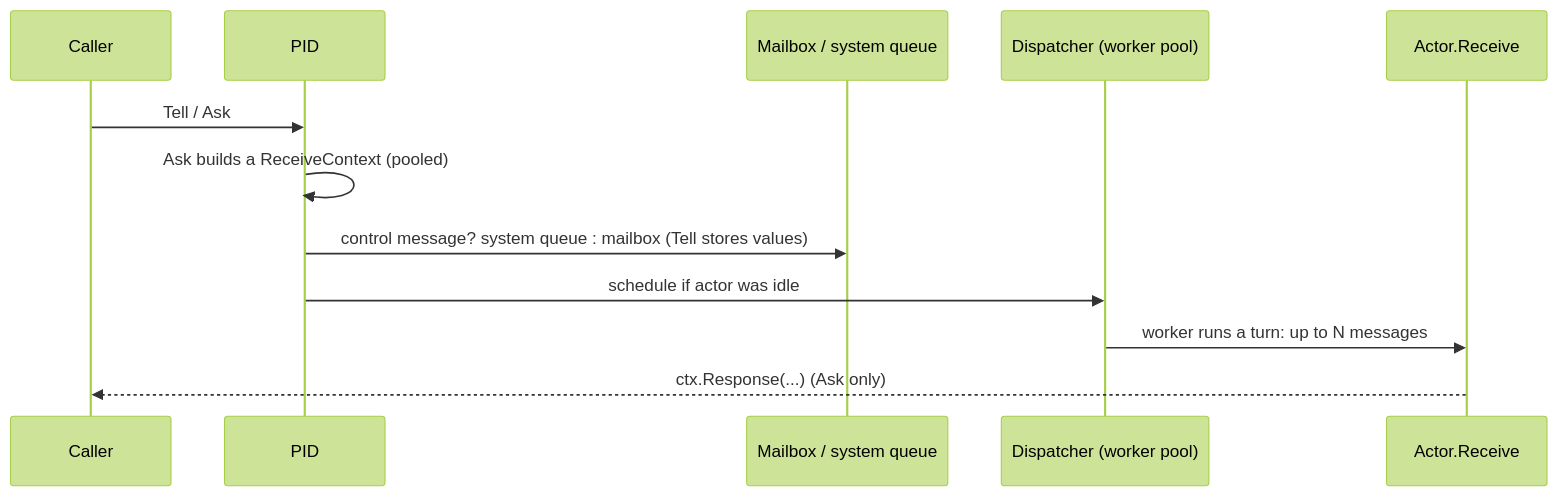
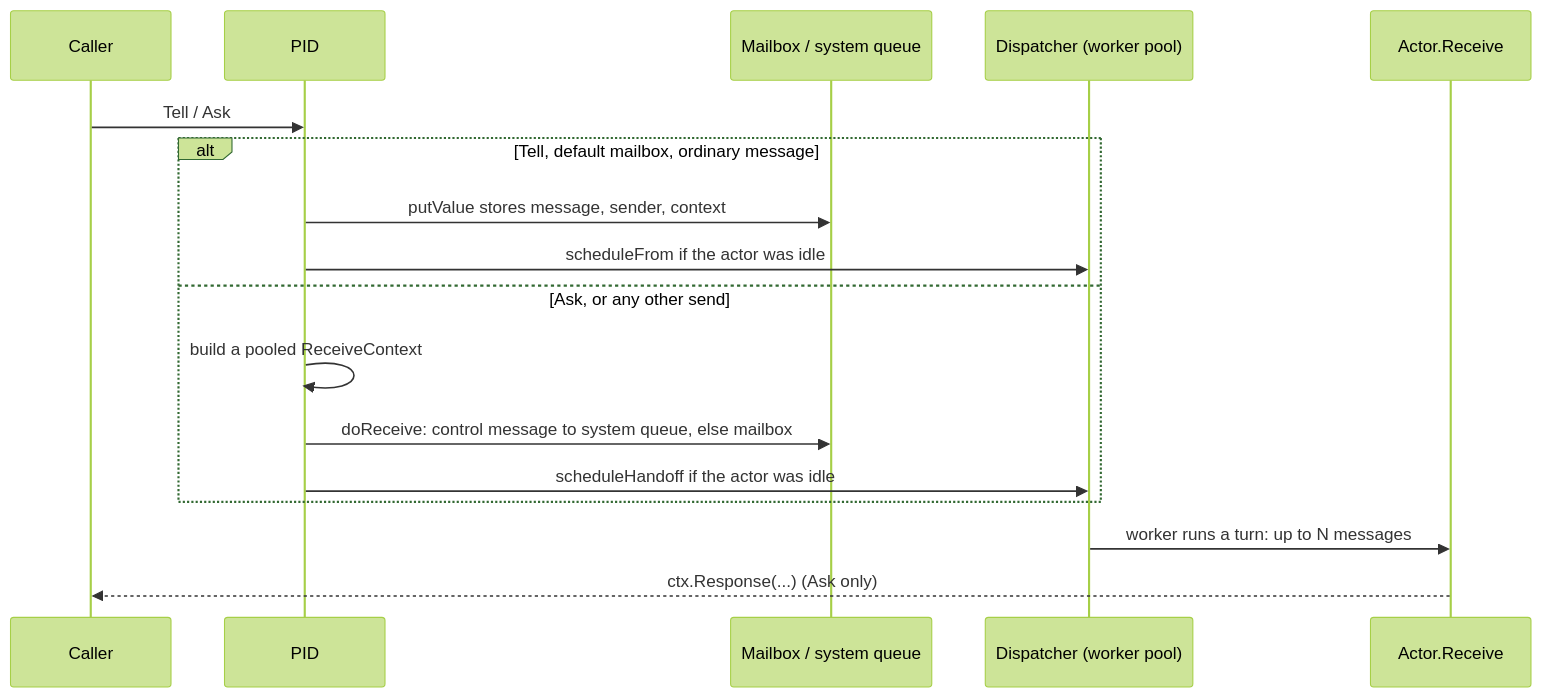
The first of 2 diagrams in book/chapters/chap-01.md (Tochemey/goakt), drawn with Mermaid (forest theme) before and after one commit. The commit also changed other lines of this file and 27 other files, not shown here.

````diff
--- a/book/chapters/chap-01.md
+++ b/book/chapters/chap-01.md
@@ -75,14 +78,19 @@
 ```mermaid
 sequenceDiagram
     participant C as Caller
     participant P as PID
     participant M as Mailbox / system queue
     participant D as Dispatcher (worker pool)
     participant A as Actor.Receive
     C->>P: Tell / Ask
-    P->>P: Ask builds a ReceiveContext (pooled)
-    P->>M: control message? system queue : mailbox (Tell stores values)
-    P->>D: schedule if actor was idle
+    alt Tell, default mailbox, ordinary message
+        P->>M: putValue stores message, sender, context
+        P->>D: scheduleFrom if the actor was idle
+    else Ask, or any other send
+        P->>P: build a pooled ReceiveContext
+        P->>M: doReceive: control message to system queue, else mailbox
+        P->>D: scheduleHandoff if the actor was idle
+    end
     D->>A: worker runs a turn: up to N messages
     A-->>C: ctx.Response(...) (Ask only)
 ```
````
